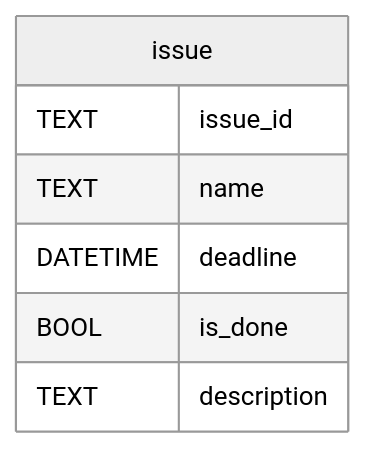
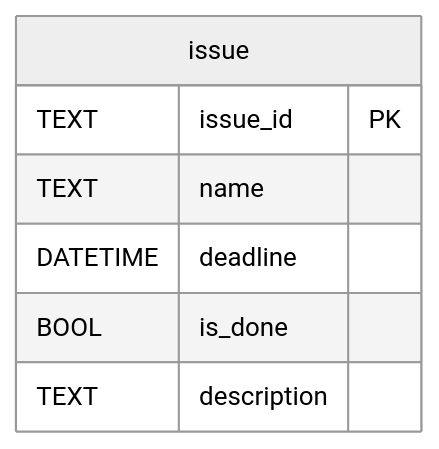
Before and after one commit to mckoh/issue-tracker: the diagram in README.md, drawn with Mermaid (neutral theme).

Commit message:
Added PK suffix to data model

````diff
--- a/README.md
+++ b/README.md
@@ -5,11 +5,11 @@
 ```mermaid
 erDiagram
 
 issue {
-  TEXT issue_id
+  TEXT issue_id PK
   TEXT name
   DATETIME deadline
   BOOL is_done
   TEXT description
 }
 ```
````
